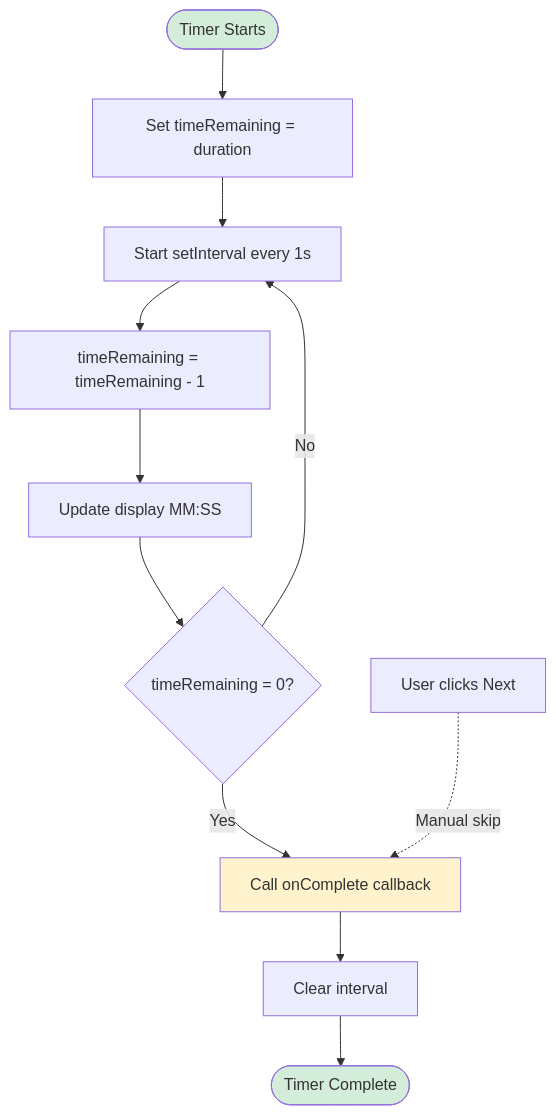
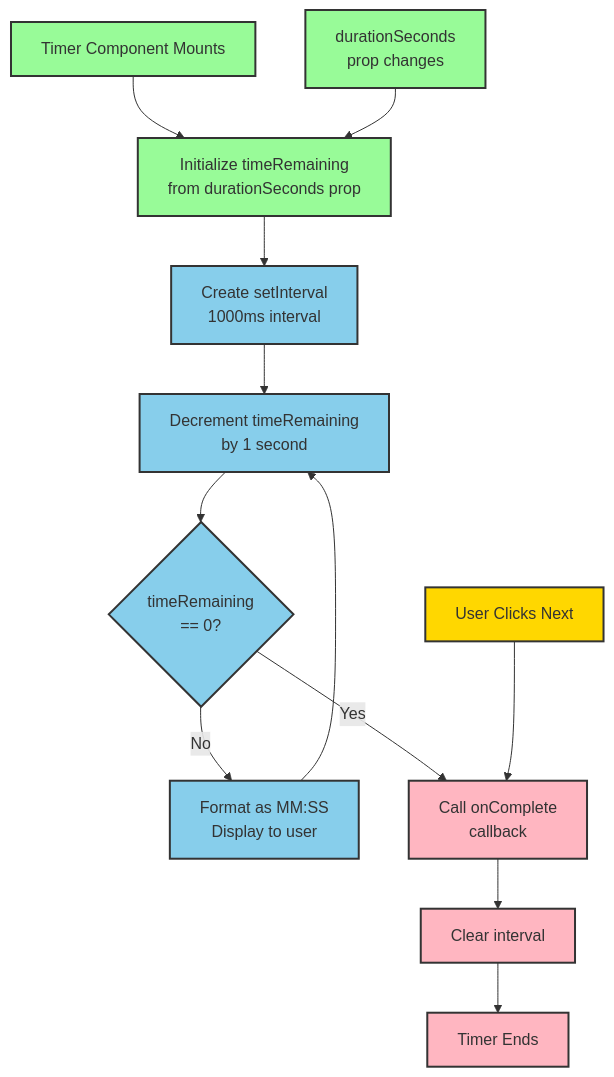
One commit to Roopesht/codeexamples changed the seventh of 8 diagrams in projects/wellness_guide/architecture.md. Above: the diagram before and after it, drawn with Mermaid. The commit also changed other lines of this file, not shown here.

````diff
--- a/projects/wellness_guide/architecture.md
+++ b/projects/wellness_guide/architecture.md
@@ -190,20 +190,25 @@
 ```mermaid
-flowchart TD
-    Start([Timer Starts]) --> Initialize[Set timeRemaining = duration]
-    Initialize --> Interval[Start setInterval every 1s]
+graph TD
+    Start["Timer Component Mounts"] --> InitTime["Initialize timeRemaining<br/>from durationSeconds prop"]
+    InitTime --> CreateInterval["Create setInterval<br/>1000ms interval"]
+    CreateInterval --> Decrement["Decrement timeRemaining<br/>by 1 second"]
+    Decrement --> CheckZero{"timeRemaining<br/>== 0?"}
+    CheckZero -->|No| FormatTime["Format as MM:SS<br/>Display to user"]
+    FormatTime --> Decrement
+    CheckZero -->|Yes| CallComplete["Call onComplete<br/>callback"]
+    CallComplete --> ClearInterval["Clear interval"]
+    ClearInterval --> End["Timer Ends"]
     
-    Interval --> Decrement[timeRemaining = timeRemaining - 1]
-    Decrement --> UpdateUI[Update display MM:SS]
-    UpdateUI --> CheckZero{timeRemaining = 0?}
+    ManualSkip["User Clicks Next"] --> CallComplete
+    PropChange["durationSeconds<br/>prop changes"] --> InitTime
     
-    CheckZero -->|No| Interval
-    CheckZero -->|Yes| CallComplete[Call onComplete callback]
-    CallComplete --> ClearInterval[Clear interval]
-    ClearInterval --> End([Timer Complete])
+    classDef startStyle fill:#98FB98,stroke:#333,stroke-width:2px
+    classDef processStyle fill:#87CEEB,stroke:#333,stroke-width:2px
+    classDef endStyle fill:#FFB6C1,stroke:#333,stroke-width:2px
+    classDef userStyle fill:#FFD700,stroke:#333,stroke-width:2px
     
-    User[User clicks Next] -.->|Manual skip| CallComplete
-    
-    style Start fill:#d4edda
-    style End fill:#d4edda
-    style CallComplete fill:#fff3cd
+    class Start,InitTime,PropChange startStyle
+    class CreateInterval,Decrement,FormatTime,CheckZero processStyle
+    class CallComplete,ClearInterval,End endStyle
+    class ManualSkip userStyle
 ```
````
